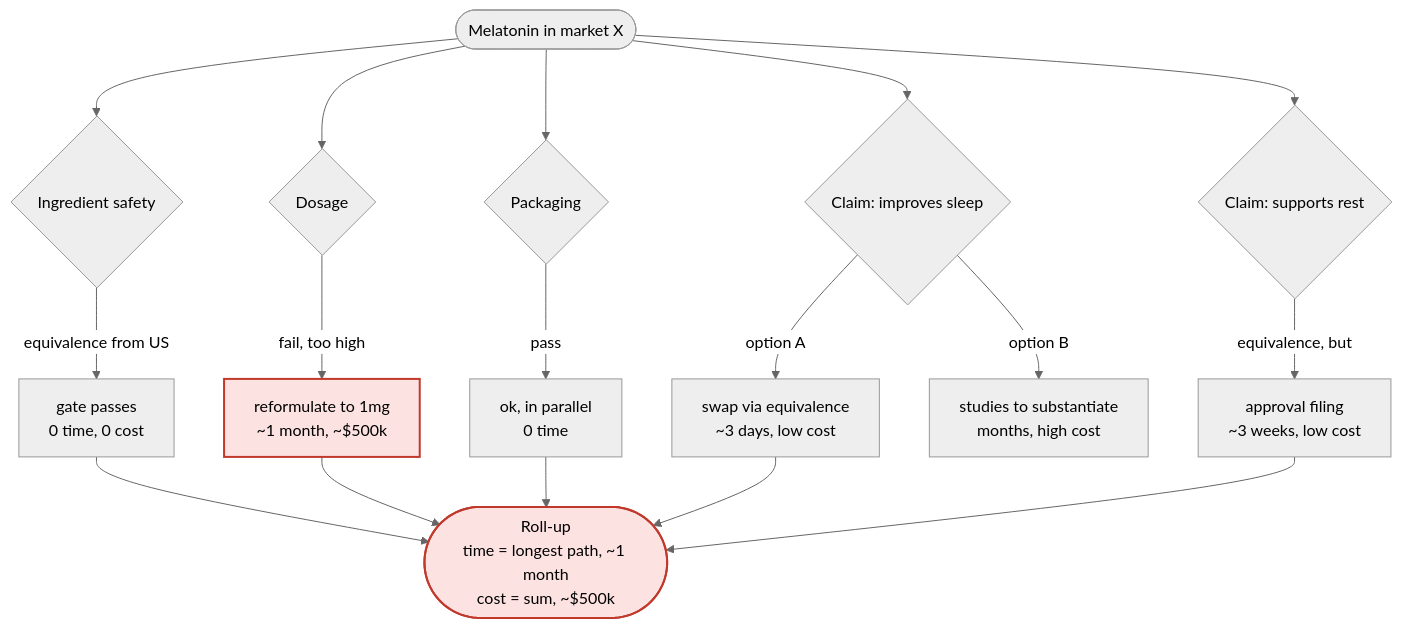
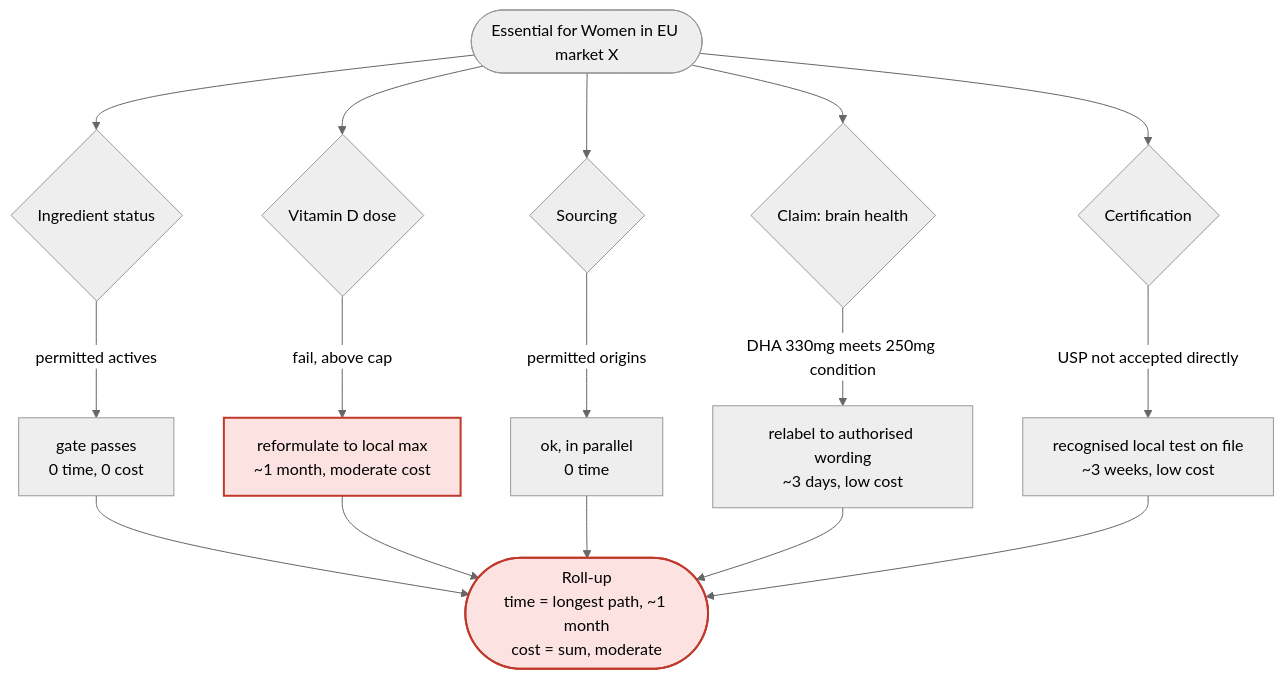
One commit to msporchia/sku-regulatory-intelligenc changed the sixth of 9 diagrams in README.md. Above: the diagram before and after it, drawn with Mermaid (neutral theme). The commit also changed other lines of this file, not shown here.

Commit message:
Rework worked example on Ritual Essential for Women; add sourcing/certification model, split status, evidence pointers; condense

````diff
--- a/README.md
+++ b/README.md
@@ -210,23 +233,22 @@
 ```mermaid
 flowchart TD
-  V(["Melatonin in market X"])
-  V --> G1{"Ingredient safety"}
-  G1 -->|equivalence from US| P1["gate passes<br/>0 time, 0 cost"]
-  V --> G2{"Dosage"}
-  G2 -->|fail, too high| R2["reformulate to 1mg<br/>~1 month, ~$500k"]
-  V --> G3{"Packaging"}
-  G3 -->|pass| P3["ok, in parallel<br/>0 time"]
-  V --> G4{"Claim: improves sleep"}
-  G4 -->|option A| R4a["swap via equivalence<br/>~3 days, low cost"]
-  G4 -->|option B| R4b["studies to substantiate<br/>months, high cost"]
-  V --> G5{"Claim: supports rest"}
-  G5 -->|equivalence, but| R5["approval filing<br/>~3 weeks, low cost"]
+  V(["Essential for Women in EU market X"])
+  V --> G1{"Ingredient status"}
+  G1 -->|permitted actives| P1["gate passes<br/>0 time, 0 cost"]
+  V --> G2{"Vitamin D dose"}
+  G2 -->|fail, above cap| R2["reformulate to local max<br/>~1 month, moderate cost"]
+  V --> G3{"Sourcing"}
+  G3 -->|permitted origins| P3["ok, in parallel<br/>0 time"]
+  V --> G4{"Claim: brain health"}
+  G4 -->|DHA 330mg meets 250mg condition| R4a["relabel to authorised wording<br/>~3 days, low cost"]
+  V --> G5{"Certification"}
+  G5 -->|USP not accepted directly| R5["recognised local test on file<br/>~3 weeks, low cost"]
   P1 --> SUM
   R2 --> SUM
   P3 --> SUM
   R4a --> SUM
   R5 --> SUM
-  SUM(["Roll-up<br/>time = longest path, ~1 month<br/>cost = sum, ~$500k"])
+  SUM(["Roll-up<br/>time = longest path, ~1 month<br/>cost = sum, moderate"])
   classDef cp fill:#fde2e2,stroke:#c0392b,stroke-width:2px,color:#000;
   class R2,SUM cp;
 ```
````
